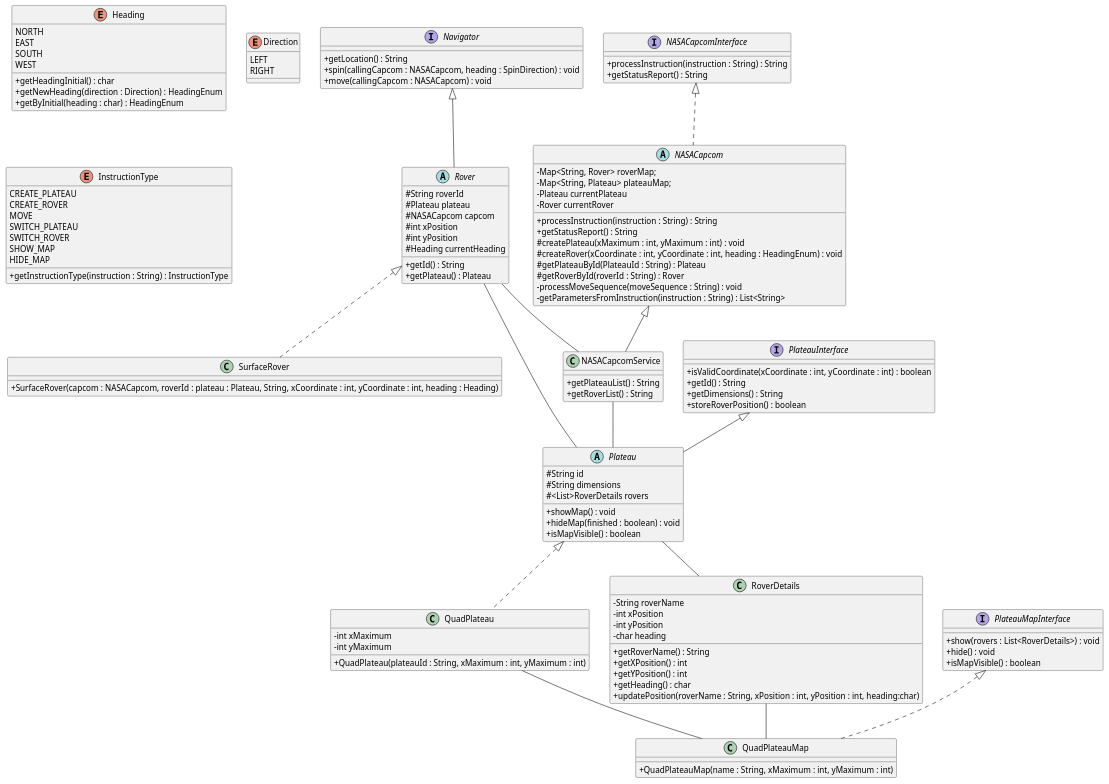
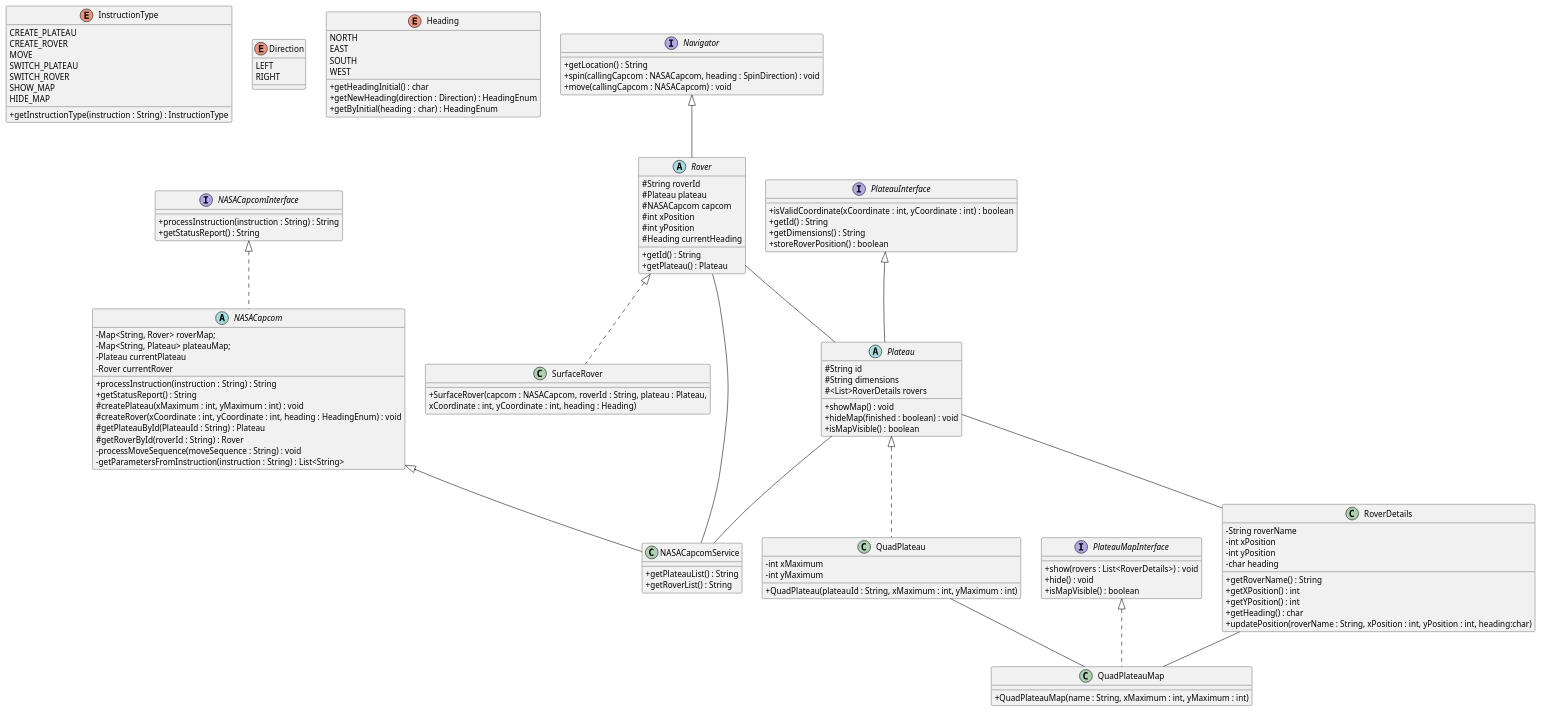
The diagram in uml/MarsRoverClassDiagram.puml (probert999/mars-rover), drawn with PlantUML before and after one commit. The commit also changed 1 other file, not shown here.

Commit message:
UML diagram update - more wrestling with layout options

```diff
--- a/uml/MarsRoverClassDiagram.puml
+++ b/uml/MarsRoverClassDiagram.puml
@@ -1,141 +1,143 @@
 @startuml
 skinparam classAttributeIconSize 0
-
+together {
+class Heading
+class Direction
+class InstructionType
+}
 interface Navigator {
     + getLocation() : String
     + spin(callingCapcom : NASACapcom, heading : SpinDirection) : void
     + move(callingCapcom : NASACapcom) : void
 }
 
 abstract class Rover extends Navigator  {
   # String roverId
   # Plateau plateau
   # NASACapcom capcom
   # int xPosition
   # int yPosition
   # Heading currentHeading
 
   + getId() : String
   + getPlateau() : Plateau
 }
 
 class SurfaceRover implements Rover  {
-    + SurfaceRover(capcom : NASACapcom, roverId : plateau : Plateau, String, xCoordinate : int, yCoordinate : int, heading : Heading)
+    + SurfaceRover(capcom : NASACapcom, roverId : String, plateau : Plateau,\nxCoordinate : int, yCoordinate : int, heading : Heading)
 }
 
 interface PlateauInterface  {
    + isValidCoordinate(xCoordinate : int, yCoordinate : int) : boolean
    + getId() : String
    + getDimensions() : String
    + storeRoverPosition() : boolean
 }
 
 abstract class Plateau extends PlateauInterface {
   # String id
   # String dimensions
   # <List>RoverDetails rovers
 
   + showMap() : void
   + hideMap(finished : boolean) : void
   + isMapVisible() : boolean
 }
 
 class QuadPlateau implements Plateau {
   - int xMaximum
   - int yMaximum
 
    + QuadPlateau(plateauId : String, xMaximum : int, yMaximum : int)
 }
 
 
 enum Heading
 {
 NORTH
 EAST
 SOUTH
 WEST
 + getHeadingInitial() : char
 + getNewHeading(direction : Direction) : HeadingEnum
 + getByInitial(heading : char) : HeadingEnum
 }
 
 enum Direction
 {
 LEFT
 RIGHT
 }
 
 enum InstructionType
 {
 CREATE_PLATEAU
 CREATE_ROVER
 MOVE
 SWITCH_PLATEAU
 SWITCH_ROVER
 SHOW_MAP
 HIDE_MAP
 + getInstructionType(instruction : String) : InstructionType
 }
 
 interface NASACapcomInterface {
   + processInstruction(instruction : String) : String
   + getStatusReport() : String
 }
 
 abstract class NASACapcom implements NASACapcomInterface {
   - Map<String, Rover> roverMap;
   - Map<String, Plateau> plateauMap;
   - Plateau currentPlateau
   - Rover currentRover
 
   + processInstruction(instruction : String) : String
   + getStatusReport() : String
   # createPlateau(xMaximum : int, yMaximum : int) : void
   # createRover(xCoordinate : int, yCoordinate : int, heading : HeadingEnum) : void
   # getPlateauById(PlateauId : String) : Plateau
   # getRoverById(roverId : String) : Rover
   - processMoveSequence(moveSequence : String) : void
   - getParametersFromInstruction(instruction : String) : List<String>
 }
 
 class NASACapcomService extends NASACapcom
 {
   + getPlateauList() : String
   + getRoverList() : String
 }
 
 interface PlateauMapInterface {
   + show(rovers : List<RoverDetails>) : void
   + hide() : void
   + isMapVisible() : boolean
 }
 
 class QuadPlateauMap implements PlateauMapInterface {
   + QuadPlateauMap(name : String, xMaximum : int, yMaximum : int)
 }
 
 class RoverDetails {
   - String roverName
   - int xPosition
   - int yPosition
   - char heading
 
   + getRoverName() : String
   + getXPosition() : int
   + getYPosition() : int
   + getHeading() : char
   + updatePosition(roverName : String, xPosition : int, yPosition : int, heading:char)
 }
 
-NASACapcomService -- Plateau
+Plateau -- NASACapcomService
 Rover -- NASACapcomService
 Rover -- Plateau
 Plateau -- RoverDetails
 RoverDetails -- QuadPlateauMap
 QuadPlateau -- QuadPlateauMap
 
-Heading -[Hidden] Navigator
-Heading -[hidden] Direction
-Heading -[hidden]d-> InstructionType
-
+PlateauInterface -[hidden]d- Plateau
+Heading -[hidden]> Navigator
 @enduml
```
